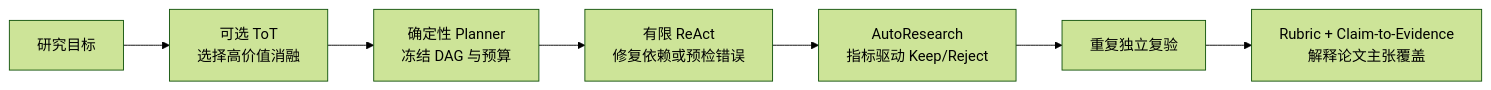
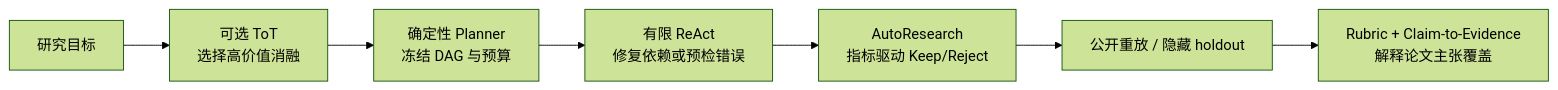
The diagram in scholar-agent/docs/autoresearch/00_project_introduction.md (yu-xin-c/Sea-mult-agent), drawn with Mermaid (forest theme) before and after one commit. The commit also changed other lines of this file and 81 other files, not shown here.

````diff
--- a/scholar-agent/docs/autoresearch/00_project_introduction.md
+++ b/scholar-agent/docs/autoresearch/00_project_introduction.md
@@ -80,9 +84,9 @@
 ```mermaid
 flowchart LR
     Q["研究目标"] --> T["可选 ToT<br/>选择高价值消融"]
     T --> P["确定性 Planner<br/>冻结 DAG 与预算"]
     P --> R["有限 ReAct<br/>修复依赖或预检错误"]
     R --> A["AutoResearch<br/>指标驱动 Keep/Reject"]
-    A --> V["重复独立复验"]
+    A --> V["公开重放 / 隐藏 holdout"]
     V --> C["Rubric + Claim-to-Evidence<br/>解释论文主张覆盖"]
 ```
````
